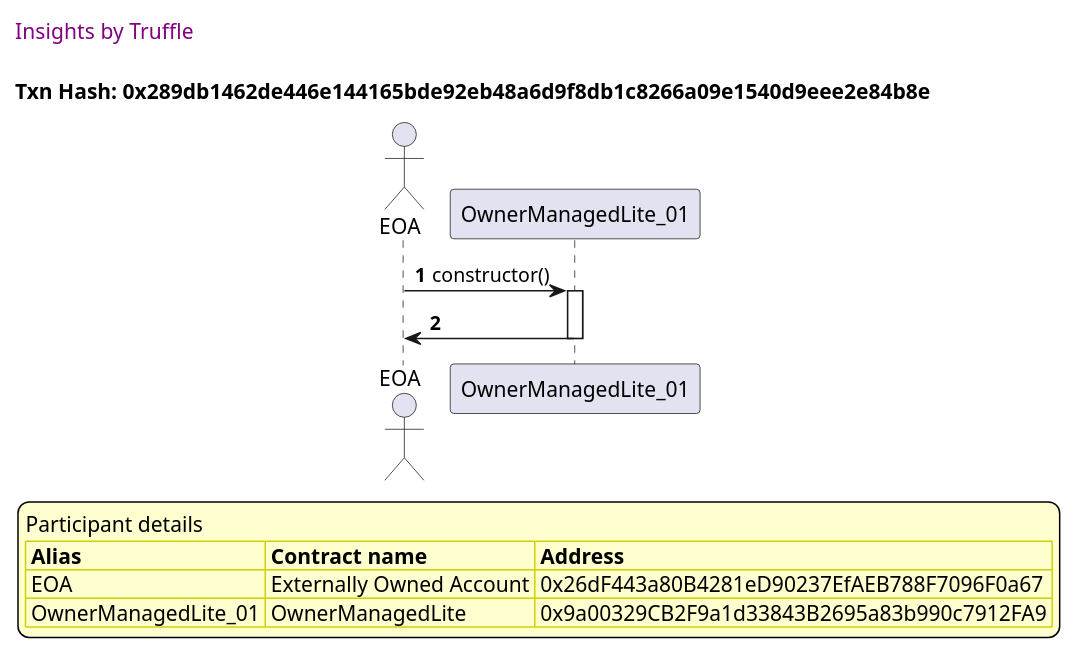
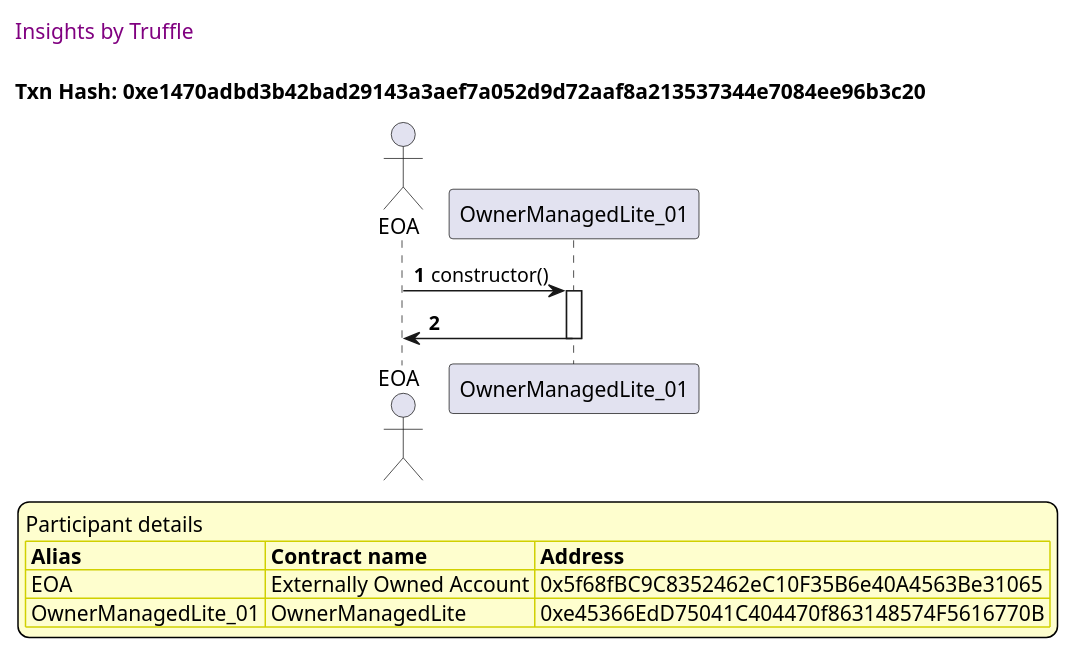
One commit to thedarkjester/ConsensysAssignment changed diagram 13 of 16 in truffle-seq/OwnerManagedLite_test_activate_deactivate_dapp.md. Above: the diagram before and after it, drawn with PlantUML. The commit also changed other lines of this file and 13 other files, not shown here.

````diff
--- a/truffle-seq/OwnerManagedLite_test_activate_deactivate_dapp.md
+++ b/truffle-seq/OwnerManagedLite_test_activate_deactivate_dapp.md
@@ -588,37 +580,37 @@
 ```plantuml
 
 
 @startuml
 
 autonumber
 skinparam legendBackgroundColor #FEFECE
 
 <style>
       header {
         HorizontalAlignment left
         FontColor purple
         FontSize 14
         Padding 10
       }
     </style>
 
 header Insights by Truffle
 
-title Txn Hash: 0x289db1462de446e144165bde92eb48a6d9f8db1c8266a09e1540d9eee2e84b8e
+title Txn Hash: 0xe1470adbd3b42bad29143a3aef7a052d9d72aaf8a213537344e7084ee96b3c20
 
 
 actor EOA as "EOA"
 participant OwnerManagedLite_01 as "OwnerManagedLite_01"
 
 "EOA" -> "OwnerManagedLite_01" ++: constructor()
 "OwnerManagedLite_01" -> "EOA" --: 
 
 legend
 Participant details
 <#FEFECE,#D0D000>|= Alias |= Contract name |= Address |
-<#FEFECE>| EOA | Externally Owned Account | 0x26dF443a80B4281eD90237EfAEB788F7096F0a67 |
-<#FEFECE>| OwnerManagedLite_01 | OwnerManagedLite | 0x9a00329CB2F9a1d33843B2695a83b990c7912FA9 |
+<#FEFECE>| EOA | Externally Owned Account | 0x5f68fBC9C8352462eC10F35B6e40A4563Be31065 |
+<#FEFECE>| OwnerManagedLite_01 | OwnerManagedLite | 0xe45366EdD75041C404470f863148574F5616770B |
 endlegend
 
 @enduml
 ```
````
